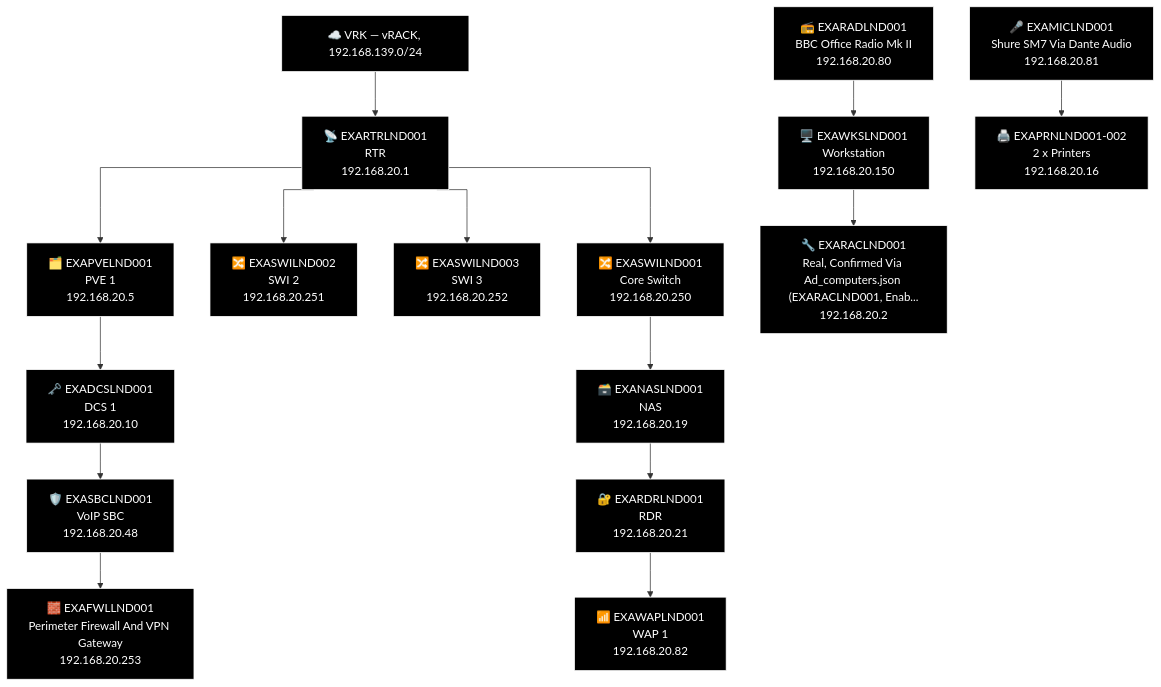
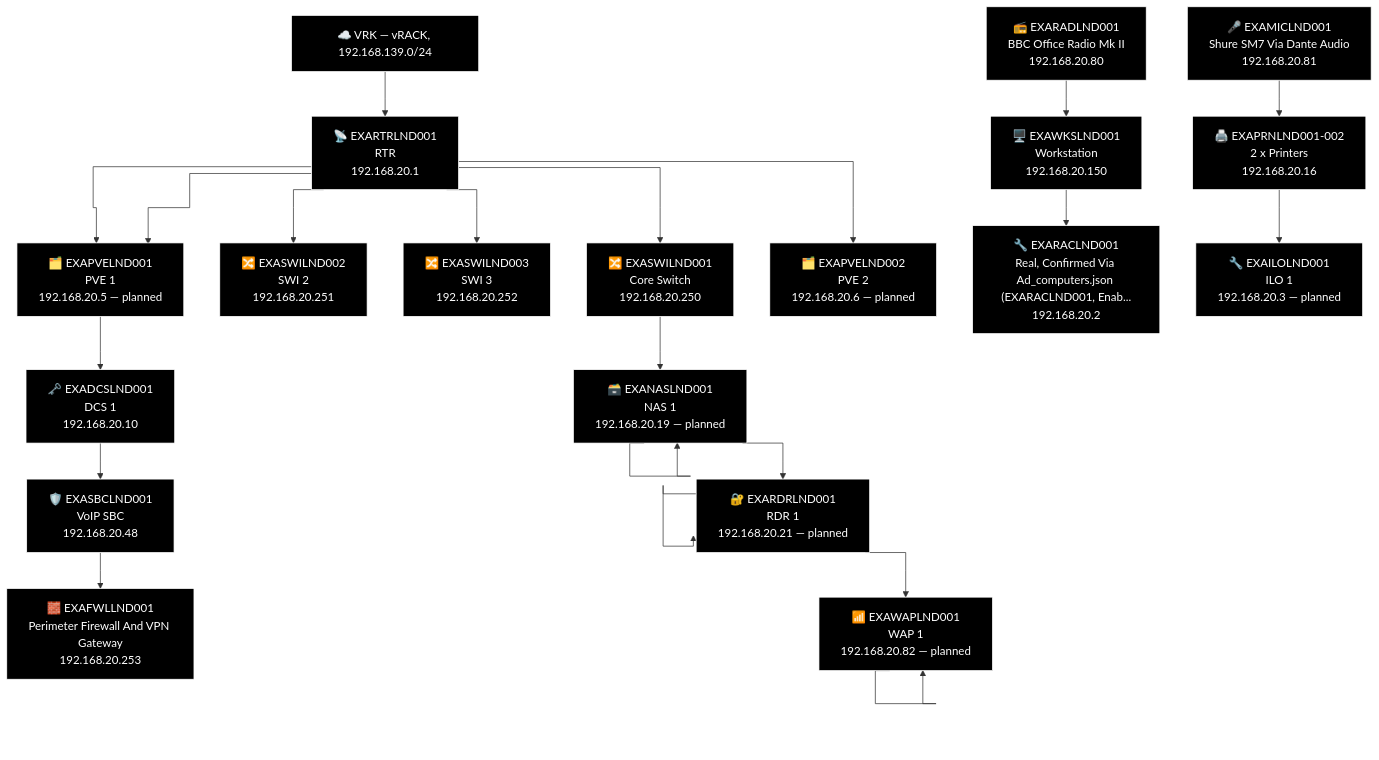
One commit to knightmare2600/example_music_infra changed the third of 27 diagrams in docs/network-diagram/england.md. Above: the diagram before and after it, drawn with Mermaid. The commit also changed other lines of this file and 12 other files, not shown here.

````diff
--- a/docs/network-diagram/england.md
+++ b/docs/network-diagram/england.md
@@ -97,49 +97,63 @@
 ```mermaid
 %% GENERATED:TOPOLOGY:LND:START
 %%{init: {'flowchart': {'curve': 'stepAfter'}}}%%
 graph TD
     T_VRK["☁️ VRK — vRACK, 192.168.139.0/24"]
     T_RTR["📡 EXARTRLND001<br/>RTR<br/>192.168.20.1"]
     T_VRK --> T_RTR
     T_PVE["🗂️ EXAPVELND001<br/>PVE 1<br/>192.168.20.5"]
     T_RTR --> T_PVE
     T_SWI["🔀 EXASWILND002<br/>SWI 2<br/>192.168.20.251"]
     T_RTR --> T_SWI
     T_SWI2["🔀 EXASWILND003<br/>SWI 3<br/>192.168.20.252"]
     T_RTR --> T_SWI2
     T_SWI3["🔀 EXASWILND001<br/>Core Switch<br/>192.168.20.250"]
     T_RTR --> T_SWI3
+    T_PVE["🗂️ EXAPVELND001<br/>PVE 1<br/>192.168.20.5 — planned"]
+    T_RTR --> T_PVE
+    T_PVE2["🗂️ EXAPVELND002<br/>PVE 2<br/>192.168.20.6 — planned"]
+    T_RTR --> T_PVE2
     T_NAS["🗃️ EXANASLND001<br/>NAS<br/>192.168.20.19"]
+    T_NAS["🗃️ EXANASLND001<br/>NAS 1<br/>192.168.20.19 — planned"]
     T_RDR["🔐 EXARDRLND001<br/>RDR<br/>192.168.20.21"]
+    T_RDR["🔐 EXARDRLND001<br/>RDR 1<br/>192.168.20.21 — planned"]
     T_WAP["📶 EXAWAPLND001<br/>WAP 1<br/>192.168.20.82"]
-    T_SWI3 --> T_NAS --> T_RDR --> T_WAP
+    T_WAP["📶 EXAWAPLND001<br/>WAP 1<br/>192.168.20.82 — planned"]
+    T_SWI3 --> T_NAS --> T_NAS --> T_RDR --> T_RDR --> T_WAP --> T_WAP
     T_DCS["🗝️ EXADCSLND001<br/>DCS 1<br/>192.168.20.10"]
     T_SBC["🛡️ EXASBCLND001<br/>VoIP SBC<br/>192.168.20.48"]
     T_FWL["🧱 EXAFWLLND001<br/>Perimeter Firewall And VPN Gateway<br/>192.168.20.253"]
     T_PVE --> T_DCS --> T_SBC --> T_FWL
     T_RAD["📻 EXARADLND001<br/>BBC Office Radio Mk II<br/>192.168.20.80"]
     T_MIC["🎤 EXAMICLND001<br/>Shure SM7 Via Dante Audio<br/>192.168.20.81"]
     T_WKS["🖥️ EXAWKSLND001<br/>Workstation<br/>192.168.20.150"]
     T_OTH_PRN["🖨️ EXAPRNLND001-002<br/>2 x Printers<br/>192.168.20.16"]
     T_RAC["🔧 EXARACLND001<br/>Real, Confirmed Via Ad_computers.json (EXARACLND001, Enab...<br/>192.168.20.2"]
+    T_ILO["🔧 EXAILOLND001<br/>ILO 1<br/>192.168.20.3 — planned"]
     T_RAD --> T_WKS --> T_RAC
-    T_MIC --> T_OTH_PRN
+    T_MIC --> T_OTH_PRN --> T_ILO
     style T_VRK fill:#000000,stroke:#FFFFFF,color:#FFFFFF
     style T_RTR fill:#000000,stroke:#FFFFFF,color:#FFFFFF
     style T_PVE fill:#000000,stroke:#FFFFFF,color:#FFFFFF
     style T_SWI fill:#000000,stroke:#FFFFFF,color:#FFFFFF
     style T_SWI2 fill:#000000,stroke:#FFFFFF,color:#FFFFFF
     style T_SWI3 fill:#000000,stroke:#FFFFFF,color:#FFFFFF
+    style T_PVE fill:#000000,stroke:#FFFFFF,color:#FFFFFF
+    style T_PVE2 fill:#000000,stroke:#FFFFFF,color:#FFFFFF
+    style T_NAS fill:#000000,stroke:#FFFFFF,color:#FFFFFF
     style T_NAS fill:#000000,stroke:#FFFFFF,color:#FFFFFF
     style T_RDR fill:#000000,stroke:#FFFFFF,color:#FFFFFF
+    style T_RDR fill:#000000,stroke:#FFFFFF,color:#FFFFFF
+    style T_WAP fill:#000000,stroke:#FFFFFF,color:#FFFFFF
     style T_WAP fill:#000000,stroke:#FFFFFF,color:#FFFFFF
     style T_DCS fill:#000000,stroke:#FFFFFF,color:#FFFFFF
     style T_SBC fill:#000000,stroke:#FFFFFF,color:#FFFFFF
     style T_FWL fill:#000000,stroke:#FFFFFF,color:#FFFFFF
     style T_RAD fill:#000000,stroke:#FFFFFF,color:#FFFFFF
     style T_MIC fill:#000000,stroke:#FFFFFF,color:#FFFFFF
     style T_WKS fill:#000000,stroke:#FFFFFF,color:#FFFFFF
     style T_OTH_PRN fill:#000000,stroke:#FFFFFF,color:#FFFFFF
     style T_RAC fill:#000000,stroke:#FFFFFF,color:#FFFFFF
+    style T_ILO fill:#000000,stroke:#FFFFFF,color:#FFFFFF
 %% GENERATED:TOPOLOGY:LND:END
 ```
````
